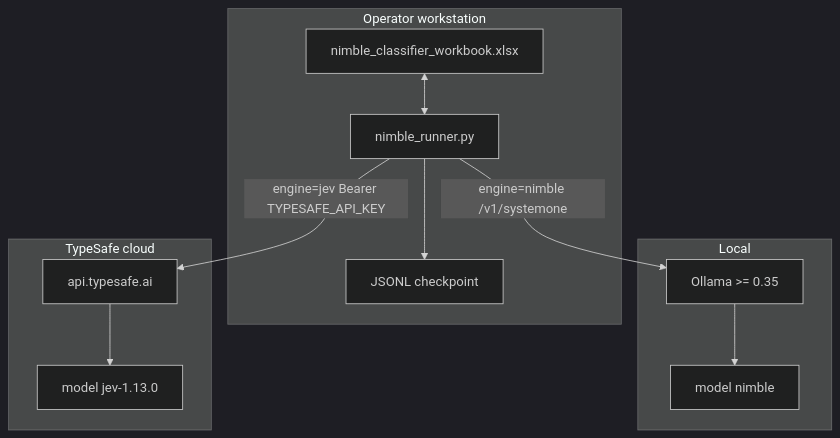
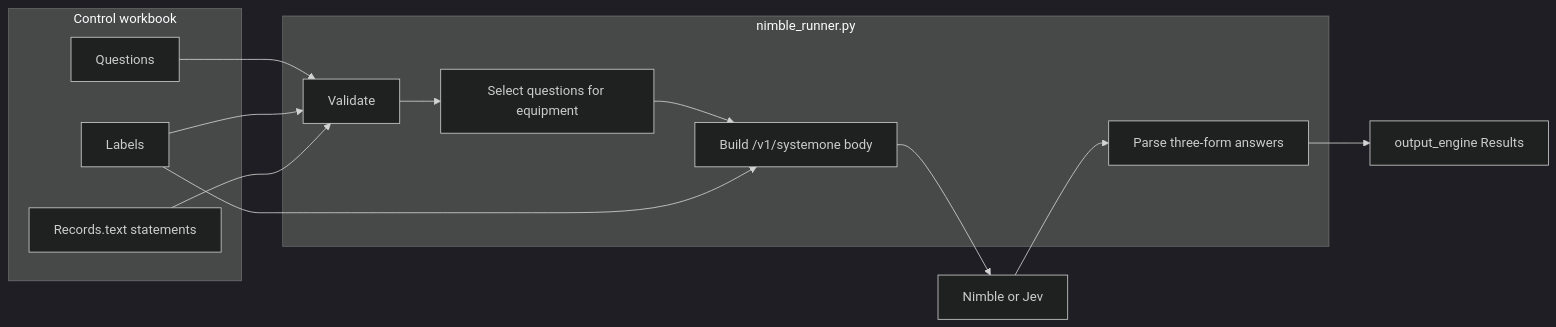
The first of 3 diagrams in docs/functional-spec.md (ranga291257/nimble_plant), drawn with Mermaid (dark theme) before and after one commit. The commit also changed other lines of this file, not shown here.

First line of the commit message:
Rewrite functional spec around spreadsheet-to-engine classification.

````diff
--- a/docs/functional-spec.md
+++ b/docs/functional-spec.md
@@ -142,25 +34,26 @@
 ```mermaid
-flowchart TB
-  subgraph client [Operator workstation]
-    WB[nimble_classifier_workbook.xlsx]
-    Runner[nimble_runner.py]
-    CKPT[JSONL checkpoint]
-    WB <--> Runner
-    Runner --> CKPT
+flowchart LR
+  subgraph workbook [Control workbook]
+    Q[Questions]
+    L[Labels]
+    R[Records.text statements]
   end
+  subgraph runner [nimble_runner.py]
+    V[Validate]
+    S[Select questions for equipment]
+    B[Build /v1/systemone body]
+    P[Parse three-form answers]
+  end
+  Eng[Nimble or Jev]
+  Out[output_engine Results]
 
-  subgraph local [Local]
-    Ollama[Ollama >= 0.35]
-    NimbleModel[model nimble]
-    Ollama --> NimbleModel
-  end
-
-  subgraph cloud [TypeSafe cloud]
-    API[api.typesafe.ai]
-    JevModel[model jev-1.13.0]
-    API --> JevModel
-  end
-
-  Runner -->|"engine=nimble /v1/systemone"| Ollama
-  Runner -->|"engine=jev Bearer TYPESAFE_API_KEY"| API
+  Q --> V
+  L --> V
+  R --> V
+  V --> S
+  S --> B
+  L --> B
+  B --> Eng
+  Eng --> P
+  P --> Out
 ```
````
